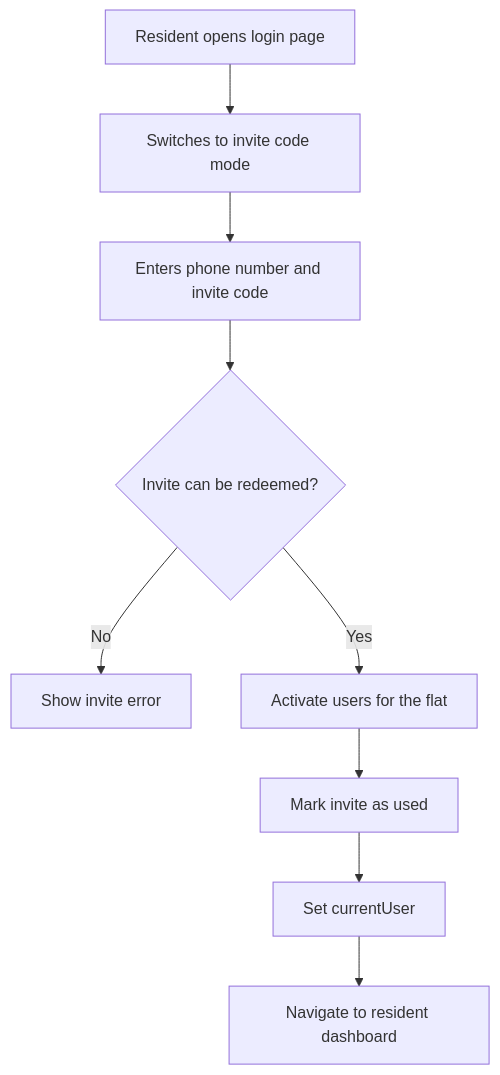
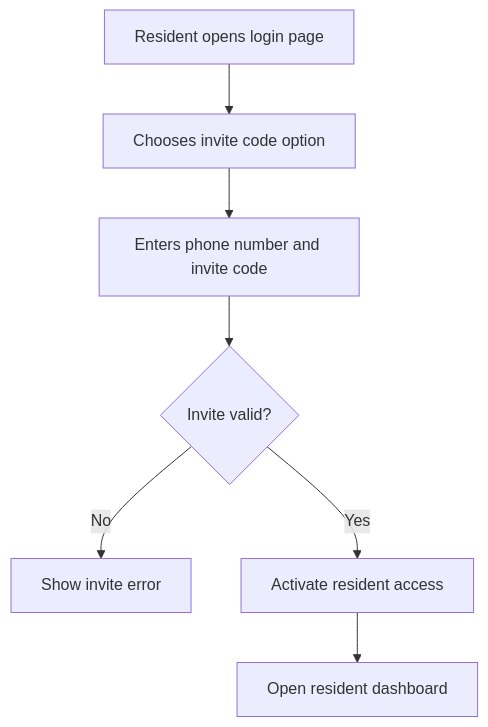
Before and after one commit to painful-bug/MAY2026-Team-035: the fourth of 20 diagrams in implemented_flows.md, drawn with Mermaid. The commit also changed other lines of this file, not shown here.

First line of the commit message:
Simplify flow documentation

````diff
--- a/implemented_flows.md
+++ b/implemented_flows.md
@@ -102,11 +44,9 @@
 ```mermaid
 flowchart TD
-  A[Resident opens login page] --> B[Switches to invite code mode]
+  A[Resident opens login page] --> B[Chooses invite code option]
   B --> C[Enters phone number and invite code]
-  C --> D{Invite can be redeemed?}
+  C --> D{Invite valid?}
   D -->|No| E[Show invite error]
-  D -->|Yes| F[Activate users for the flat]
-  F --> G[Mark invite as used]
-  G --> H[Set currentUser]
-  H --> I[Navigate to resident dashboard]
+  D -->|Yes| F[Activate resident access]
+  F --> G[Open resident dashboard]
 ```
````
